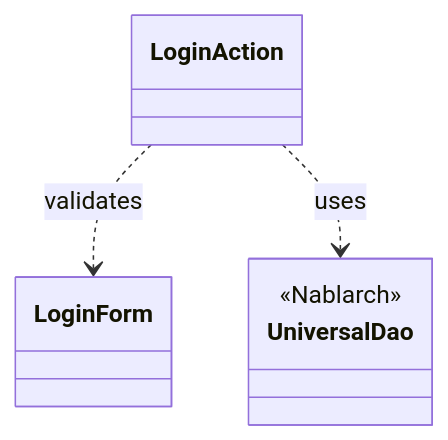
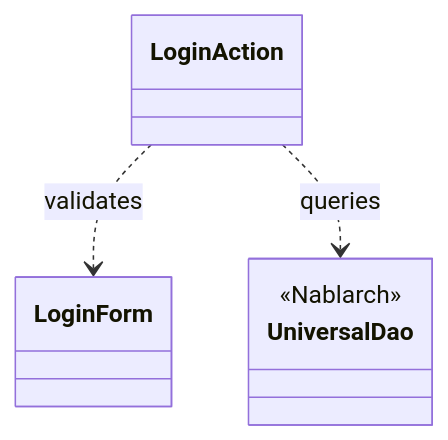
Before and after one commit to nablarch/nabledge-dev: the first of 3 diagrams in .claude/skills/nabledge-1.2/workflows/code-analysis.md, drawn with Mermaid. The commit also changed other lines of this file and 6 other files, not shown here.

````diff
--- a/.claude/skills/nabledge-1.2/workflows/code-analysis.md
+++ b/.claude/skills/nabledge-1.2/workflows/code-analysis.md
@@ -368,11 +226,10 @@
 ```mermaid
 classDiagram
     class LoginAction
     class LoginForm
     class UniversalDao {
         <<Nablarch>>
     }
-
     LoginAction ..> LoginForm : validates
-    LoginAction ..> UniversalDao : uses
+    LoginAction ..> UniversalDao : queries
 ```
````
